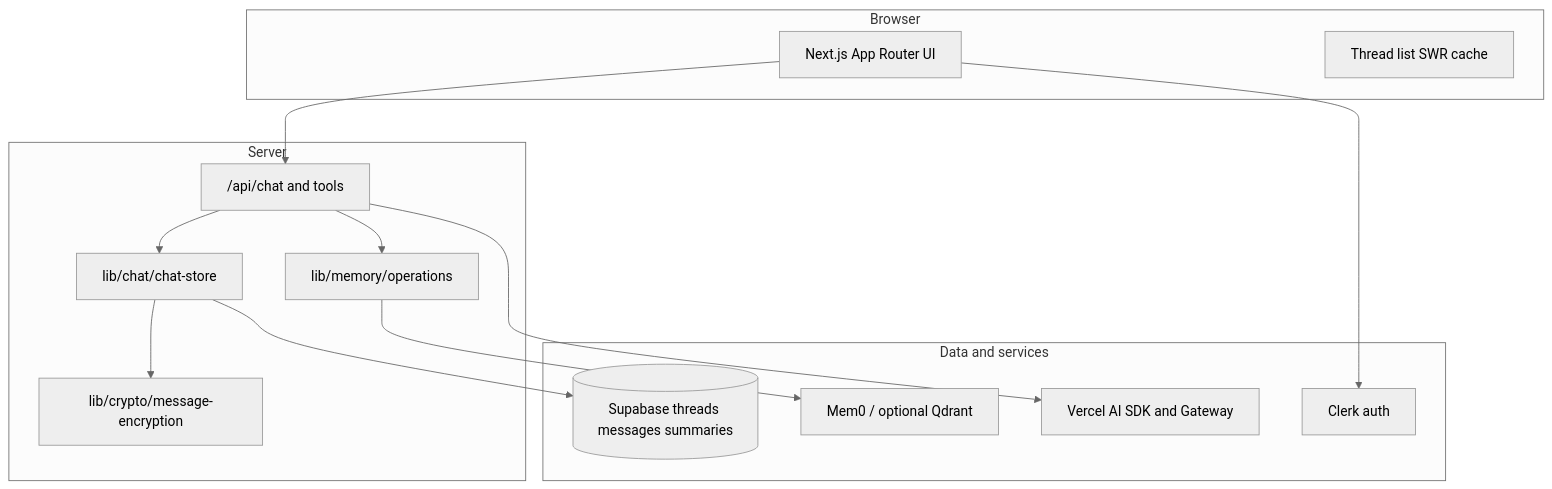
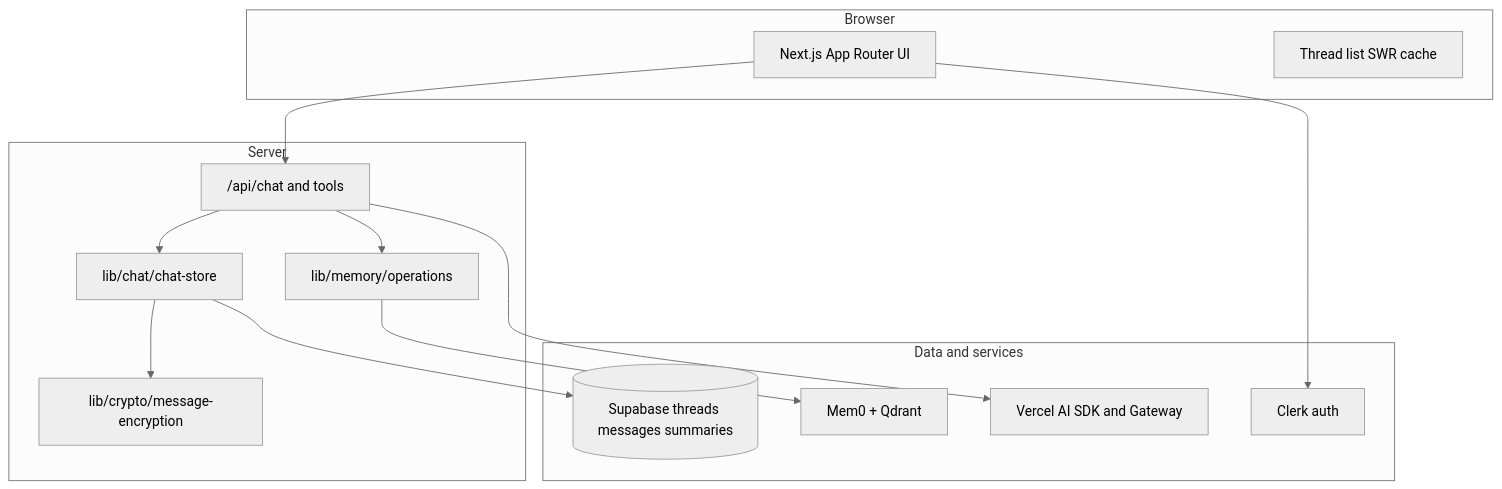
One commit to Alexjoshua14/Organic-LLM changed the diagram in README.md. Above: the diagram before and after it, drawn with Mermaid (neutral theme). The commit also changed other lines of this file, not shown here.

````diff
--- a/README.md
+++ b/README.md
@@ -40,27 +40,27 @@
 ```mermaid
 flowchart TB
   subgraph client [Browser]
     UI[Next.js App Router UI]
     Sidebar[Thread list SWR cache]
   end
   subgraph api [Server]
     Routes["/api/chat and tools"]
     Store[lib/chat/chat-store]
     Memory[lib/memory/operations]
     Crypto[lib/crypto/message-encryption]
   end
   subgraph data [Data and services]
     SB[(Supabase threads messages summaries)]
-    Mem0[Mem0 / optional Qdrant]
+    Mem0[Mem0 + Qdrant]
     LLM[Vercel AI SDK and Gateway]
     Clerk[Clerk auth]
   end
   UI --> Routes
   Routes --> Store
   Store --> Crypto
   Store --> SB
   Routes --> Memory
   Memory --> Mem0
   Routes --> LLM
   UI --> Clerk
 ```
````
